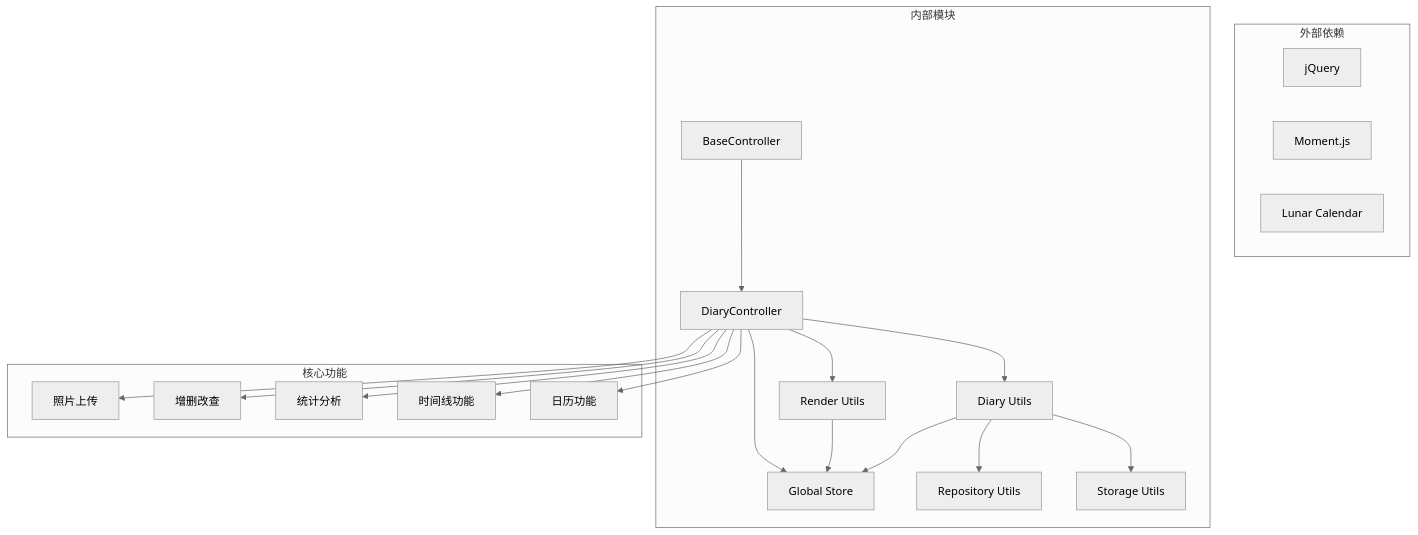
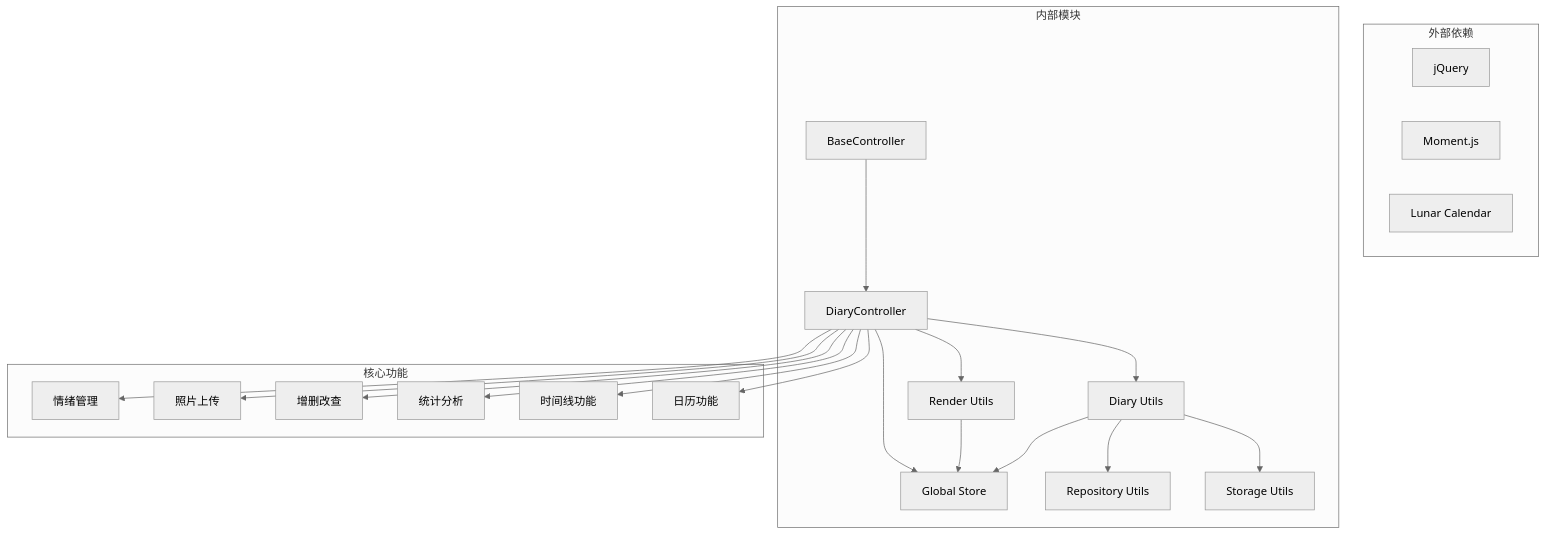
One commit to jeankeim/wuxing-fashion changed the ninth of 10 diagrams in .qoder/repowiki/zh/content/控制器系统/穿搭日记控制器.md. Above: the diagram before and after it, drawn with Mermaid (neutral theme). The commit also changed other lines of this file and 27 other files, not shown here.

````diff
--- a/.qoder/repowiki/zh/content/控制器系统/穿搭日记控制器.md
+++ b/.qoder/repowiki/zh/content/控制器系统/穿搭日记控制器.md
@@ -404,37 +455,39 @@
 ```mermaid
 graph TD
 subgraph "外部依赖"
 JQUERY[jQuery]
 MOMENT[Moment.js]
 LUNAR[Lunar Calendar]
 end
 subgraph "内部模块"
 BASE_CONTROLLER[BaseController]
 DIARY_CONTROLLER[DiaryController]
 DIARY_UTILS[Diary Utils]
 RENDER_UTILS[Render Utils]
 STORAGE_UTILS[Storage Utils]
 REPO_UTILS[Repository Utils]
 STORE[Global Store]
 end
 subgraph "核心功能"
 CALENDAR[日历功能]
 TIMELINE[时间线功能]
 STATS[统计分析]
 CRUD[增删改查]
 PHOTO_UPLOAD[照片上传]
+MOOD_MANAGEMENT[情绪管理]
 end
 BASE_CONTROLLER --> DIARY_CONTROLLER
 DIARY_CONTROLLER --> DIARY_UTILS
 DIARY_CONTROLLER --> RENDER_UTILS
 DIARY_CONTROLLER --> STORE
 DIARY_UTILS --> STORAGE_UTILS
 DIARY_UTILS --> REPO_UTILS
 DIARY_UTILS --> STORE
 RENDER_UTILS --> STORE
 DIARY_CONTROLLER --> CALENDAR
 DIARY_CONTROLLER --> TIMELINE
 DIARY_CONTROLLER --> STATS
 DIARY_CONTROLLER --> CRUD
 DIARY_CONTROLLER --> PHOTO_UPLOAD
+DIARY_CONTROLLER --> MOOD_MANAGEMENT
 ```
````
